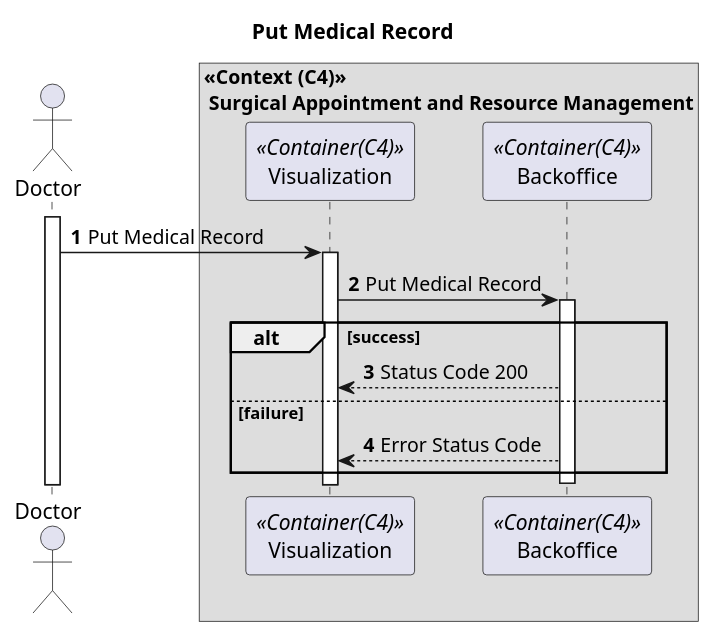
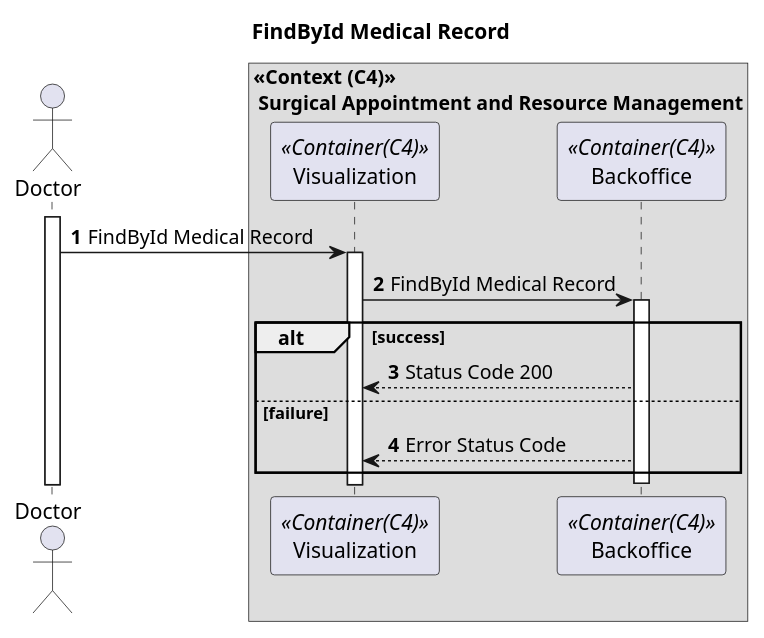
One commit to Departamento-de-Engenharia-Informatica/sem5pi-24-25-3NA_G74 changed the diagram in docs/sprint3/7.2.6(FindById)/Vista de Processos/2_sd.puml. Above: the diagram before and after it, drawn with PlantUML. The commit also changed 1 other file, not shown here.

```diff
--- a/docs/sprint3/7.2.6(FindById)/Vista de Processos/2_sd.puml
+++ b/docs/sprint3/7.2.6(FindById)/Vista de Processos/2_sd.puml
@@ -1,44 +1,44 @@
 @startuml
 
 
 autonumber
 
 actor "Doctor" as doc
 
-title "Put Medical Record"
+title "FindById Medical Record"
 
 box "<<Context (C4)>>\n Surgical Appointment and Resource Management"
 participant Visualization as ui <<Container(C4)>>
 participant Backoffice as bo <<Container(C4)>>
 
 
 activate doc
 
-doc -> ui : Put Medical Record
+doc -> ui : FindById Medical Record
 
 activate ui
 
-ui -> bo : Put Medical Record
+ui -> bo : FindById Medical Record
 
 activate bo
 
 
 alt success
 
 bo --> ui : Status Code 200
 
 else failure
 
 bo --> ui:  Error Status Code
 
 end
 
 deactivate bo
 
 
 
 
 
 
 
 @enduml
```
